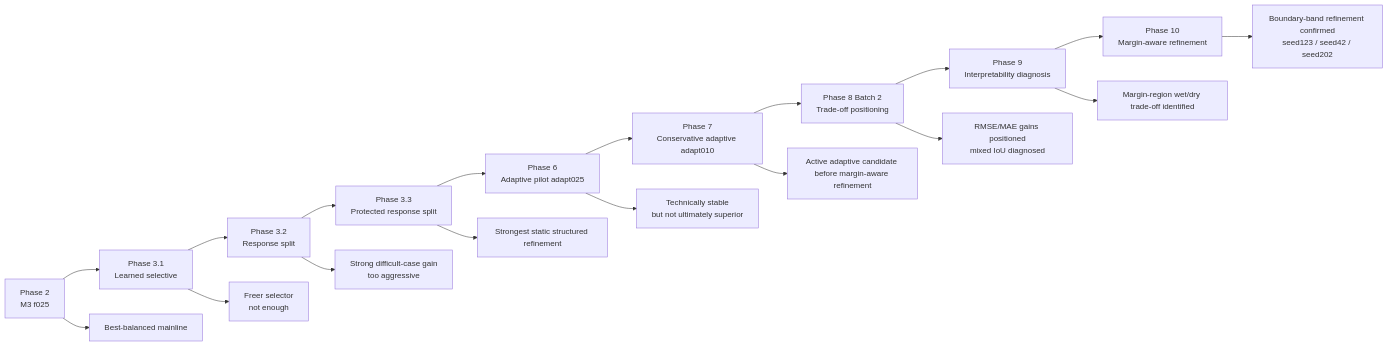
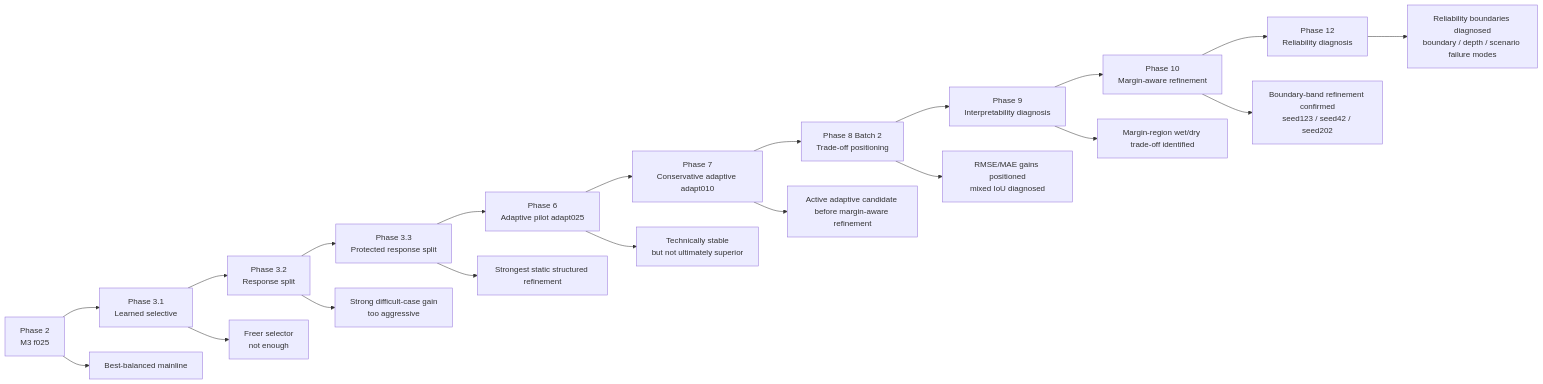
One commit to HolyLin990604/physics-guided-urban-flood-prediction changed the second of 3 diagrams in README.md. Above: the diagram before and after it, drawn with Mermaid. The commit also changed other lines of this file and 2 other files, not shown here.

Commit message:
docs: sync phase12 reliability status

````diff
--- a/README.md
+++ b/README.md
@@ -28,21 +28,23 @@
 ```mermaid
 flowchart LR
     A[Phase 2<br/>M3 f025] --> B[Phase 3.1<br/>Learned selective]
     B --> C[Phase 3.2<br/>Response split]
     C --> D[Phase 3.3<br/>Protected response split]
     D --> E[Phase 6<br/>Adaptive pilot adapt025]
     E --> F[Phase 7<br/>Conservative adaptive adapt010]
     F --> G[Phase 8 Batch 2<br/>Trade-off positioning]
     G --> H[Phase 9<br/>Interpretability diagnosis]
     H --> I[Phase 10<br/>Margin-aware refinement]
+    I --> J[Phase 12<br/>Reliability diagnosis]
 
     A --> A1[Best-balanced mainline]
     B --> B1[Freer selector<br/>not enough]
     C --> C1[Strong difficult-case gain<br/>too aggressive]
     D --> D1[Strongest static structured refinement]
     E --> E1[Technically stable<br/>but not ultimately superior]
     F --> F1[Active adaptive candidate before margin-aware refinement]
     G --> G1[RMSE/MAE gains positioned<br/>mixed IoU diagnosed]
     H --> H1[Margin-region wet/dry trade-off identified]
     I --> I1[Boundary-band refinement confirmed<br/>seed123 / seed42 / seed202]
+    J --> J1[Reliability boundaries diagnosed<br/>boundary / depth / scenario failure modes]
 ```
````
